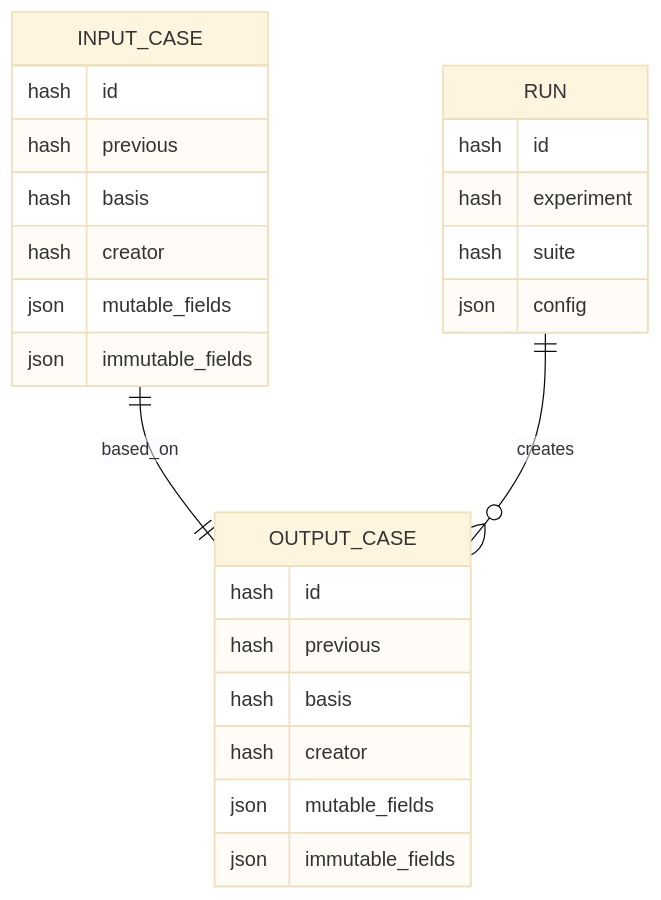
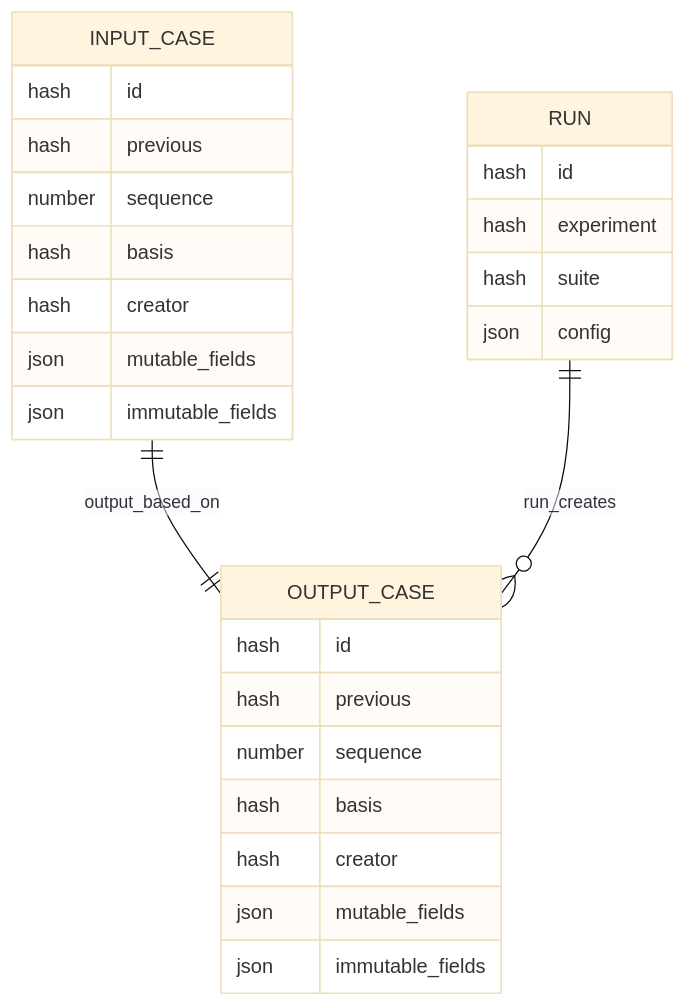
One commit to MikeHopcroft/gotaglio-web changed the fourth of 5 diagrams in documentation/data-model.md. Above: the diagram before and after it, drawn with Mermaid (base theme). The commit also changed other lines of this file, not shown here.

````diff
--- a/documentation/data-model.md
+++ b/documentation/data-model.md
@@ -94,27 +167,29 @@
 ```mermaid
 erDiagram
-    INPUT_CASE ||--|| OUTPUT_CASE : based_on
-    RUN ||--o{ OUTPUT_CASE : creates
+    INPUT_CASE ||--|| OUTPUT_CASE : output_based_on
+    RUN ||--o{ OUTPUT_CASE : run_creates
     RUN {
       hash id
       hash experiment
       hash suite
       json config
     }
     INPUT_CASE {
       hash id
       hash previous
+      number sequence
       hash basis
       hash creator
       json mutable_fields
       json immutable_fields
     }
     OUTPUT_CASE {
       hash id
       hash previous
+      number sequence
       hash basis
       hash creator
       json mutable_fields
       json immutable_fields
     }
 ```
````
